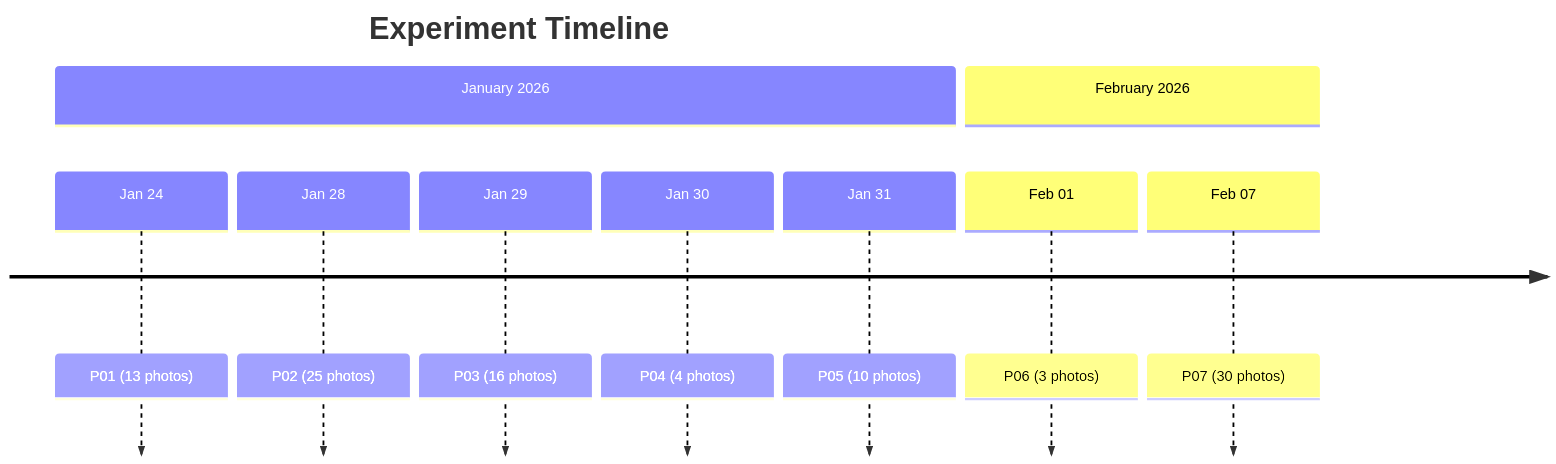
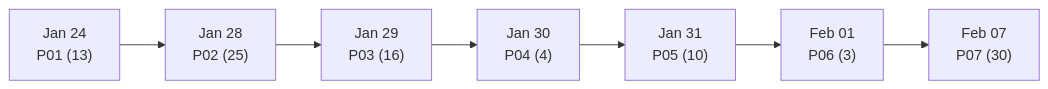
The fourth of 4 diagrams in original_research/data/README.md (AdvancedScientificResearchProjects/Hyperbolic_Field_BloodPlasma_Study), drawn with Mermaid before and after one commit. The commit also changed other lines of this file and 27 other files, not shown here.

````diff
--- a/original_research/data/README.md
+++ b/original_research/data/README.md
@@ -166,13 +166,9 @@
 ```mermaid
-timeline
-    title Experiment Timeline
-    section January 2026
-        Jan 24 : P01 (13 photos)
-        Jan 28 : P02 (25 photos)
-        Jan 29 : P03 (16 photos)
-        Jan 30 : P04 (4 photos)
-        Jan 31 : P05 (10 photos)
-    section February 2026
-        Feb 01 : P06 (3 photos)
-        Feb 07 : P07 (30 photos)
+flowchart LR
+    A["Jan 24<br/>P01 (13)"] --> B["Jan 28<br/>P02 (25)"]
+    B --> C["Jan 29<br/>P03 (16)"]
+    C --> D["Jan 30<br/>P04 (4)"]
+    D --> E["Jan 31<br/>P05 (10)"]
+    E --> F["Feb 01<br/>P06 (3)"]
+    F --> G["Feb 07<br/>P07 (30)"]
 ```
````
